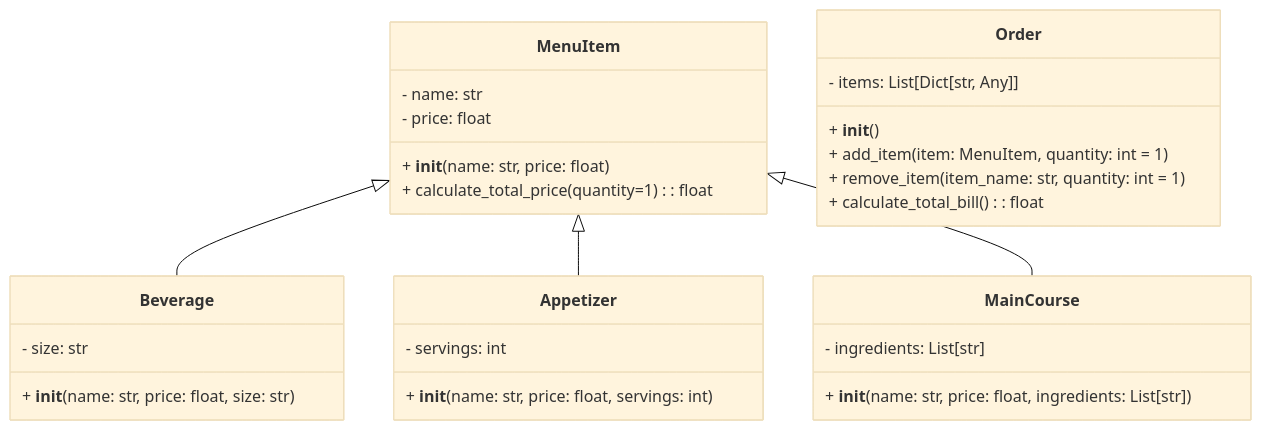
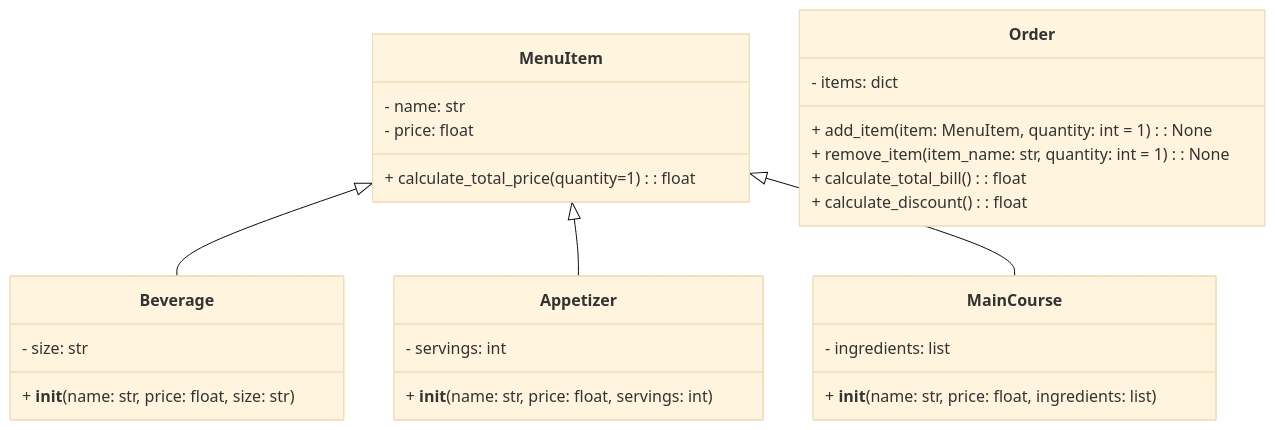
The diagram in README.md (jdym3119/Third_Challenge), drawn with Mermaid (base theme) before and after one commit. The commit also changed other lines of this file, not shown here.

````diff
--- a/README.md
+++ b/README.md
@@ -215,32 +215,32 @@
 ```mermaid
 classDiagram
     class MenuItem {
         - name: str
         - price: float
-        + __init__(name: str, price: float)
         + calculate_total_price(quantity=1): float
     }
     class Beverage {
         - size: str
         + __init__(name: str, price: float, size: str)
     }
     class Appetizer {
         - servings: int
         + __init__(name: str, price: float, servings: int)
     }
     class MainCourse {
-        - ingredients: List[str]
-        + __init__(name: str, price: float, ingredients: List[str])
+        - ingredients: list
+        + __init__(name: str, price: float, ingredients: list)
     }
     class Order {
-        - items: List[Dict[str, Any]]
-        + __init__()
-        + add_item(item: MenuItem, quantity: int = 1)
-        + remove_item(item_name: str, quantity: int = 1)
+        - items: dict
+        + add_item(item: MenuItem, quantity: int = 1): None
+        + remove_item(item_name: str, quantity: int = 1): None
         + calculate_total_bill(): float
+        + calculate_discount(): float
     }
 
     MenuItem <|-- Beverage
     MenuItem <|-- Appetizer
     MenuItem <|-- MainCourse
+
 ```
````
